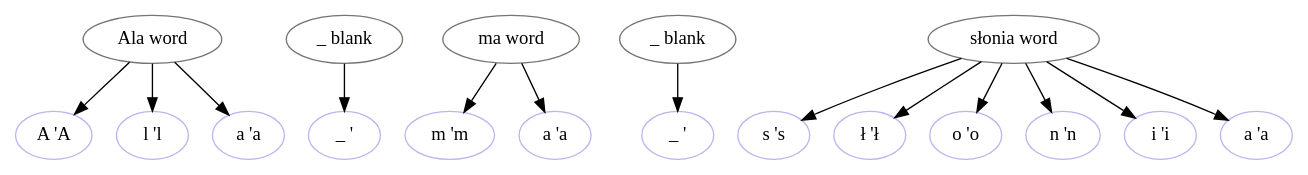
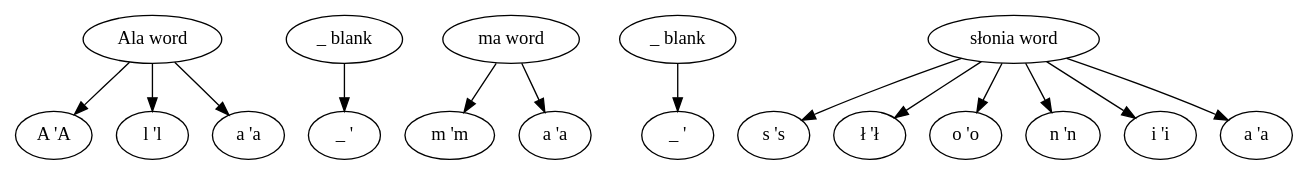
The diagram in formats/dot/m/tree/pl_sample_simple.out.dot (manicki/psi-toolkit), drawn with Graphviz before and after one commit. The commit also changed 30 other files, not shown here.

```diff
--- a/formats/dot/m/tree/pl_sample_simple.out.dot
+++ b/formats/dot/m/tree/pl_sample_simple.out.dot
@@ -1,34 +1,34 @@
 digraph G {
 rankdir=TB
-1 [label="A 'A"color="#b8b7ec"]
-2 [label="l 'l"color="#b8b7ec"]
-3 [label="a 'a"color="#b8b7ec"]
-4 [label="Ala word"color="#7a726e"]
+1 [label="A 'A"]
+2 [label="l 'l"]
+3 [label="a 'a"]
+4 [label="Ala word"]
 4 -> 1
 4 -> 2
 4 -> 3
-5 [label="_ ' "color="#b8b7ec"]
-6 [label="_ blank"color="#7a726e"]
+5 [label="_ ' "]
+6 [label="_ blank"]
 6 -> 5
-7 [label="m 'm"color="#b8b7ec"]
-8 [label="a 'a"color="#b8b7ec"]
-9 [label="ma word"color="#7a726e"]
+7 [label="m 'm"]
+8 [label="a 'a"]
+9 [label="ma word"]
 9 -> 7
 9 -> 8
-10 [label="_ ' "color="#b8b7ec"]
-11 [label="_ blank"color="#7a726e"]
+10 [label="_ ' "]
+11 [label="_ blank"]
 11 -> 10
-12 [label="s 's"color="#b8b7ec"]
-13 [label="ł 'ł"color="#b8b7ec"]
-14 [label="o 'o"color="#b8b7ec"]
-15 [label="n 'n"color="#b8b7ec"]
-16 [label="i 'i"color="#b8b7ec"]
-17 [label="a 'a"color="#b8b7ec"]
-18 [label="słonia word"color="#7a726e"]
+12 [label="s 's"]
+13 [label="ł 'ł"]
+14 [label="o 'o"]
+15 [label="n 'n"]
+16 [label="i 'i"]
+17 [label="a 'a"]
+18 [label="słonia word"]
 18 -> 12
 18 -> 13
 18 -> 14
 18 -> 15
 18 -> 16
 18 -> 17
 }
```
